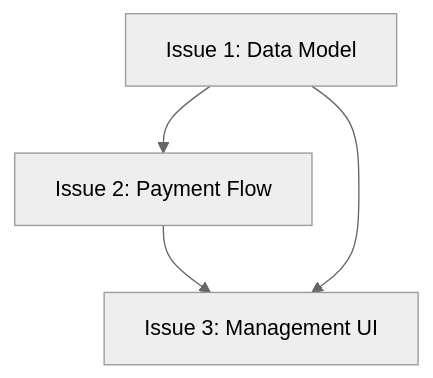
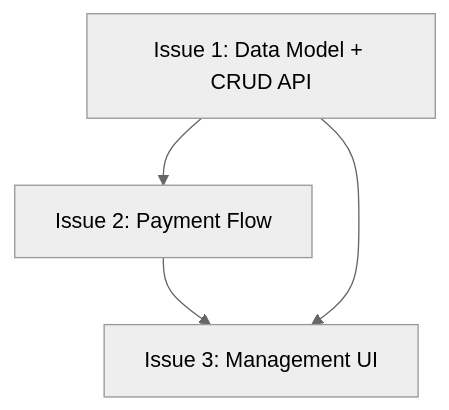
One commit to s1a7xia/magpie-library changed the first of 2 diagrams in skills/story/REFERENCE.md. Above: the diagram before and after it, drawn with Mermaid (neutral theme). The commit also changed other lines of this file and 55 other files, not shown here.

````diff
--- a/skills/story/REFERENCE.md
+++ b/skills/story/REFERENCE.md
@@ -206,6 +208,6 @@
 ```mermaid
 graph TD
-    A[Issue 1: Data Model] --> B[Issue 2: Payment Flow]
+    A[Issue 1: Data Model + CRUD API] --> B[Issue 2: Payment Flow]
     B --> C[Issue 3: Management UI]
     A --> C
 ```
````
